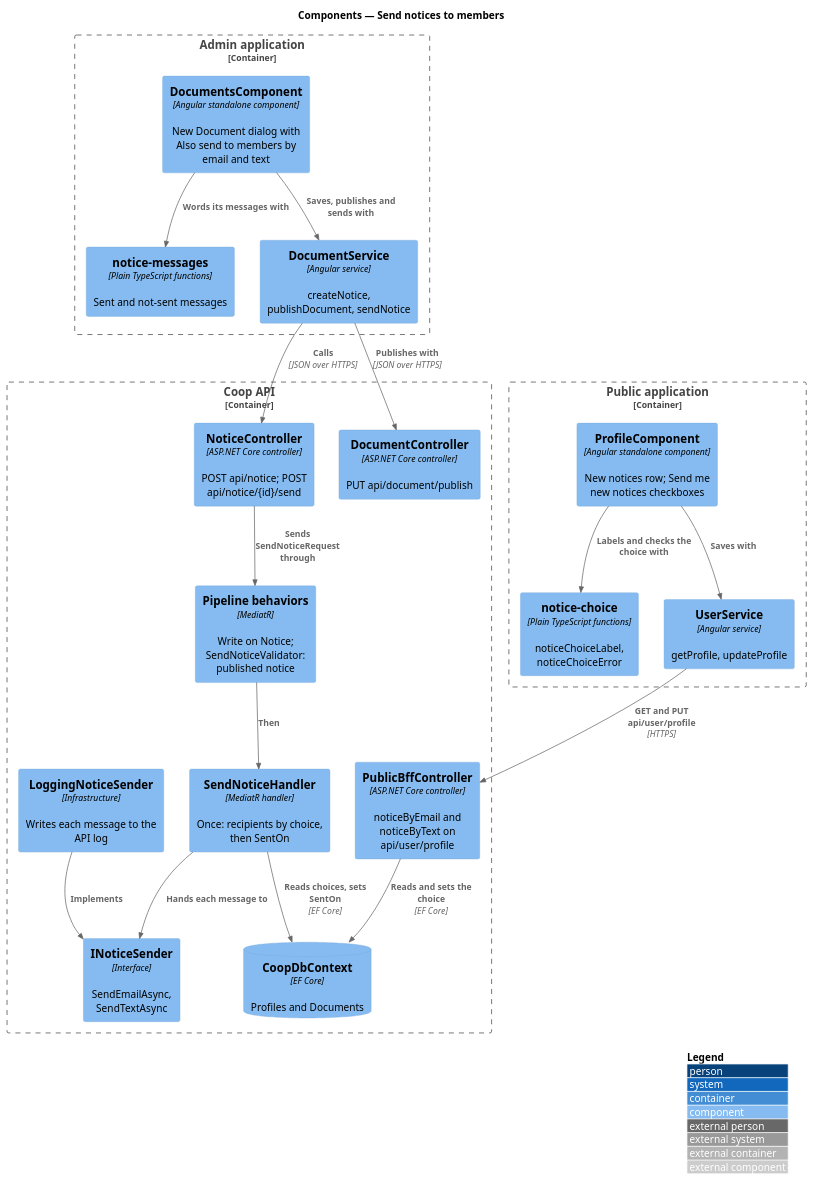
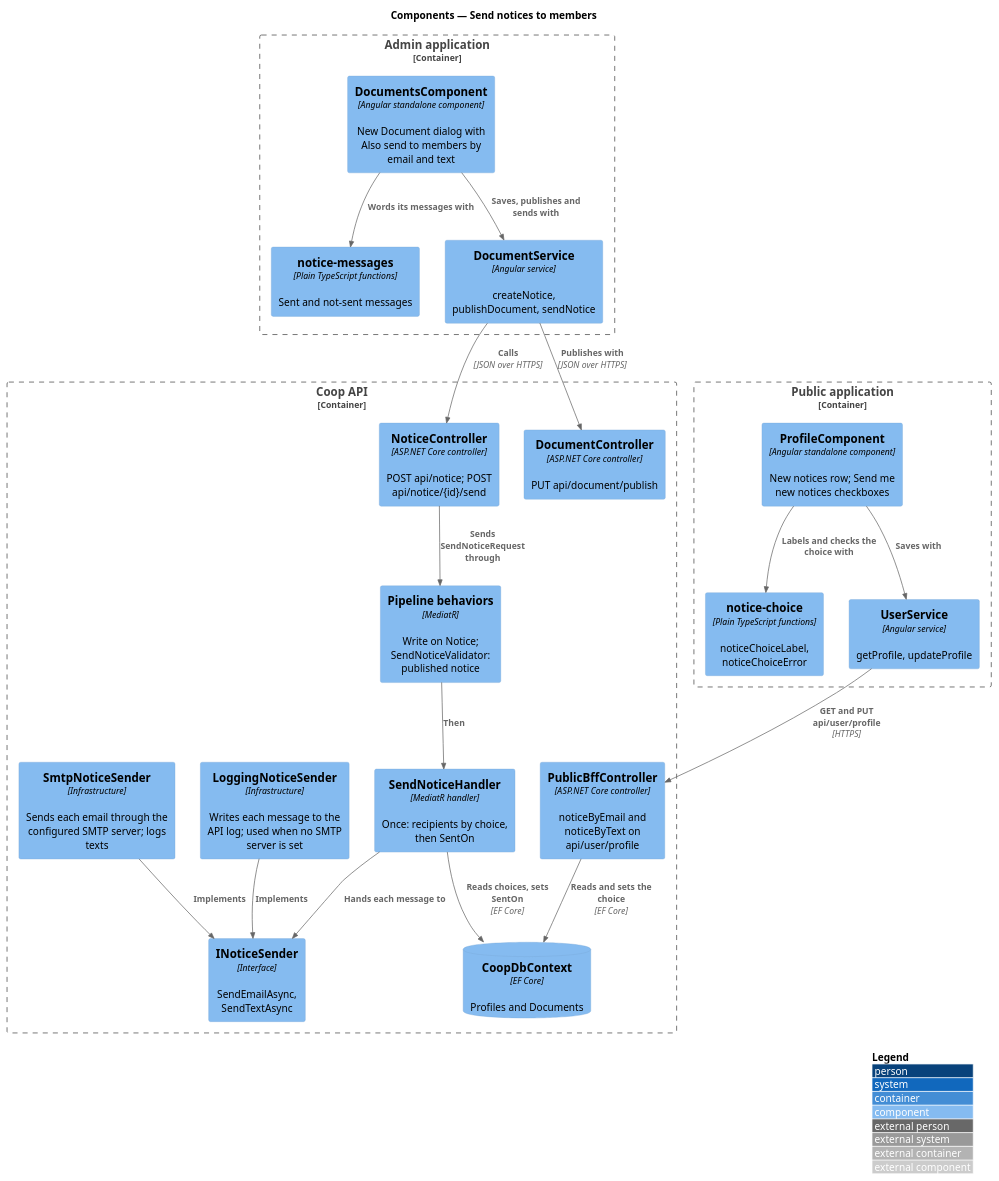
The diagram in docs/detailed-designs/admin-app/send-notices/diagrams/c4-component.puml (QuinntyneBrown/Coop), drawn with PlantUML before and after one commit. The commit also changed 8 other files, not shown here.

First line of the commit message:
Specify SMTP email delivery for notices

```diff
--- a/docs/detailed-designs/admin-app/send-notices/diagrams/c4-component.puml
+++ b/docs/detailed-designs/admin-app/send-notices/diagrams/c4-component.puml
@@ -1,39 +1,41 @@
 @startuml
 !include <C4/C4_Component>
 LAYOUT_WITH_LEGEND()
 title Components — Send notices to members
 
 Container_Boundary(adminApp, "Admin application") {
   Component(documents, "DocumentsComponent", "Angular standalone component", "New Document dialog with Also send to members by email and text")
   Component(messages, "notice-messages", "Plain TypeScript functions", "Sent and not-sent messages")
   Component(documentService, "DocumentService", "Angular service", "createNotice, publishDocument, sendNotice")
 }
 Container_Boundary(publicApp, "Public application") {
   Component(profile, "ProfileComponent", "Angular standalone component", "New notices row; Send me new notices checkboxes")
   Component(choice, "notice-choice", "Plain TypeScript functions", "noticeChoiceLabel, noticeChoiceError")
   Component(profileService, "UserService", "Angular service", "getProfile, updateProfile")
 }
 Container_Boundary(api, "Coop API") {
   Component(bff, "PublicBffController", "ASP.NET Core controller", "noticeByEmail and noticeByText on api/user/profile")
   Component(noticeController, "NoticeController", "ASP.NET Core controller", "POST api/notice; POST api/notice/{id}/send")
   Component(documentController, "DocumentController", "ASP.NET Core controller", "PUT api/document/publish")
   Component(pipeline, "Pipeline behaviors", "MediatR", "Write on Notice; SendNoticeValidator: published notice")
   Component(handler, "SendNoticeHandler", "MediatR handler", "Once: recipients by choice, then SentOn")
   Component(sender, "INoticeSender", "Interface", "SendEmailAsync, SendTextAsync")
-  Component(logSender, "LoggingNoticeSender", "Infrastructure", "Writes each message to the API log")
+  Component(logSender, "LoggingNoticeSender", "Infrastructure", "Writes each message to the API log; used when no SMTP server is set")
+  Component(smtpSender, "SmtpNoticeSender", "Infrastructure", "Sends each email through the configured SMTP server; logs texts")
   ComponentDb(db, "CoopDbContext", "EF Core", "Profiles and Documents")
 }
 Rel(documents, messages, "Words its messages with")
 Rel(documents, documentService, "Saves, publishes and sends with")
 Rel(documentService, noticeController, "Calls", "JSON over HTTPS")
 Rel(documentService, documentController, "Publishes with", "JSON over HTTPS")
 Rel(profile, choice, "Labels and checks the choice with")
 Rel(profile, profileService, "Saves with")
 Rel(profileService, bff, "GET and PUT api/user/profile", "HTTPS")
 Rel(noticeController, pipeline, "Sends SendNoticeRequest through")
 Rel(pipeline, handler, "Then")
 Rel(handler, db, "Reads choices, sets SentOn", "EF Core")
 Rel(handler, sender, "Hands each message to")
 Rel(logSender, sender, "Implements")
+Rel(smtpSender, sender, "Implements")
 Rel(bff, db, "Reads and sets the choice", "EF Core")
 @enduml
```
